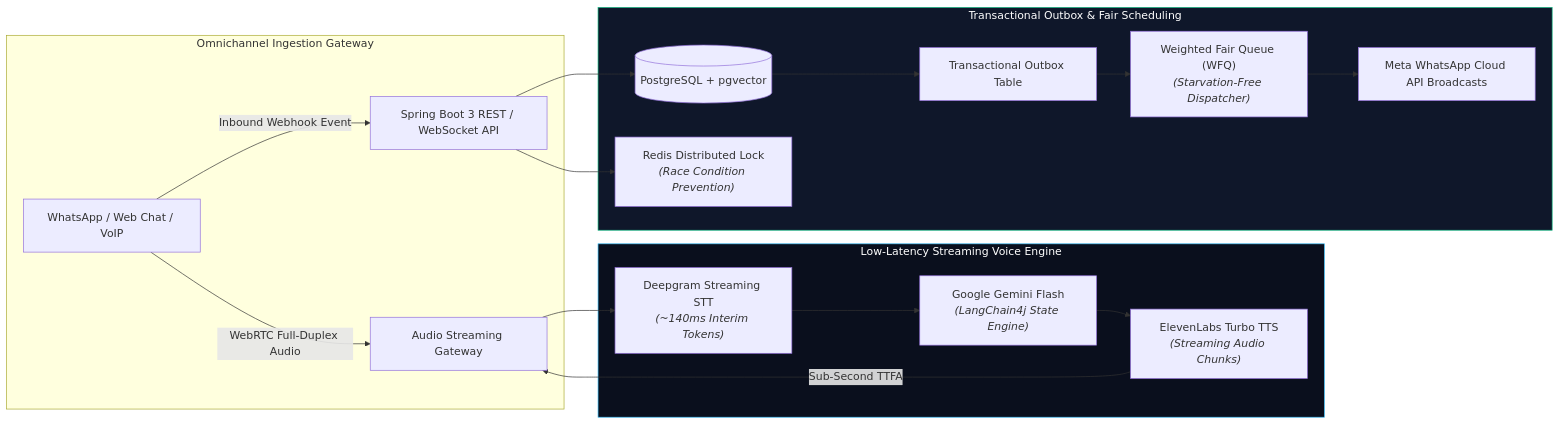
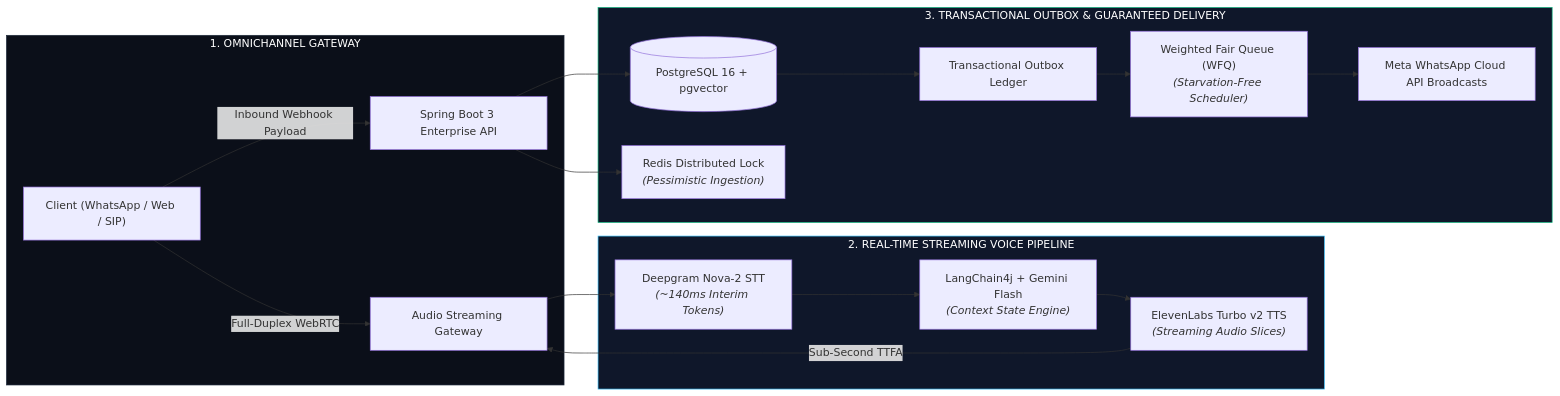
One commit to hkbharti77/hkbharti77 changed the second of 2 diagrams in README.md. Above: the diagram before and after it, drawn with Mermaid. The commit also changed other lines of this file, not shown here.

Commit message:
Elevate UI to Fortune-500 enterprise grade: high-density telemetry, structured architectural dossiers, and refined card systems

````diff
--- a/README.md
+++ b/README.md
@@ -185,25 +179,26 @@
 ```mermaid
 flowchart LR
-    subgraph ClientChannels ["Omnichannel Ingestion Gateway"]
-        Client["WhatsApp / Web Chat / VoIP"] -->|WebRTC Full-Duplex Audio| VoiceGateway["Audio Streaming Gateway"]
-        Client -->|Inbound Webhook Event| API["Spring Boot 3 REST / WebSocket API"]
+    subgraph InboundTransport ["1. OMNICHANNEL GATEWAY"]
+        ClientUser["Client (WhatsApp / Web / SIP)"] -->|Full-Duplex WebRTC| AudioGW["Audio Streaming Gateway"]
+        ClientUser -->|Inbound Webhook Payload| SpringAPI["Spring Boot 3 Enterprise API"]
     end
 
-    subgraph VoiceStream ["Low-Latency Streaming Voice Engine"]
-        VoiceGateway --> Deepgram["Deepgram Streaming STT<br/><i>(~140ms Interim Tokens)</i>"]
-        Deepgram --> Gemini["Google Gemini Flash<br/><i>(LangChain4j State Engine)</i>"]
-        Gemini --> ElevenLabs["ElevenLabs Turbo TTS<br/><i>(Streaming Audio Chunks)</i>"]
-        ElevenLabs -->|Sub-Second TTFA| VoiceGateway
+    subgraph VoiceEngine ["2. REAL-TIME STREAMING VOICE PIPELINE"]
+        AudioGW --> DeepgramSTT["Deepgram Nova-2 STT<br/><i>(~140ms Interim Tokens)</i>"]
+        DeepgramSTT --> LangChainOrch["LangChain4j + Gemini Flash<br/><i>(Context State Engine)</i>"]
+        LangChainOrch --> ElevenLabsTTS["ElevenLabs Turbo v2 TTS<br/><i>(Streaming Audio Slices)</i>"]
+        ElevenLabsTTS -->|Sub-Second TTFA| AudioGW
     end
 
-    subgraph ReliabilityOutbox ["Transactional Outbox & Fair Scheduling"]
-        API --> DB[("PostgreSQL + pgvector")]
-        API --> Lock["Redis Distributed Lock<br/><i>(Race Condition Prevention)</i>"]
-        DB --> OutboxTable["Transactional Outbox Table"]
-        OutboxTable --> WFQ["Weighted Fair Queue (WFQ)<br/><i>(Starvation-Free Dispatcher)</i>"]
-        WFQ --> MetaAPI["Meta WhatsApp Cloud API Broadcasts"]
+    subgraph OutboxEngine ["3. TRANSACTIONAL OUTBOX & GUARANTEED DELIVERY"]
+        SpringAPI --> MainDB[("PostgreSQL 16 + pgvector")]
+        SpringAPI --> RedisLock["Redis Distributed Lock<br/><i>(Pessimistic Ingestion)</i>"]
+        MainDB --> OutboxTable["Transactional Outbox Ledger"]
+        OutboxTable --> WFQDispatcher["Weighted Fair Queue (WFQ)<br/><i>(Starvation-Free Scheduler)</i>"]
+        WFQDispatcher --> MetaBSP["Meta WhatsApp Cloud API Broadcasts"]
     end
 
-    style VoiceStream fill:#0a0f1d,stroke:#38bdf8,stroke-width:1px,color:#fff
-    style ReliabilityOutbox fill:#0f172a,stroke:#10b981,stroke-width:1px,color:#fff
+    style InboundTransport fill:#0B0F19,stroke:#1E293B,stroke-width:1px,color:#fff
+    style VoiceEngine fill:#0F172A,stroke:#38BDF8,stroke-width:1px,color:#fff
+    style OutboxEngine fill:#0F172A,stroke:#10B981,stroke-width:1px,color:#fff
 ```
````
